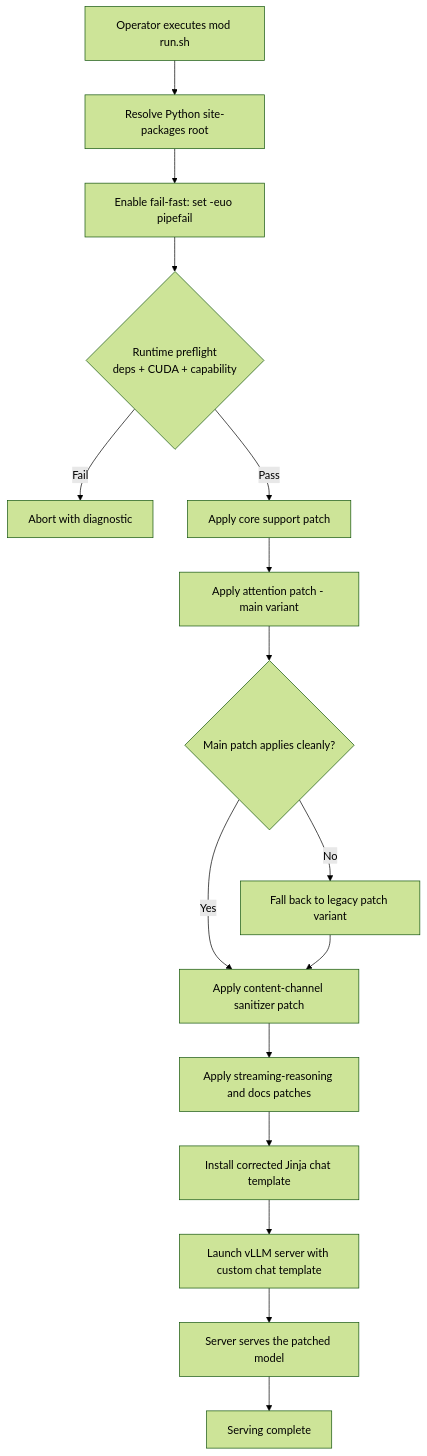
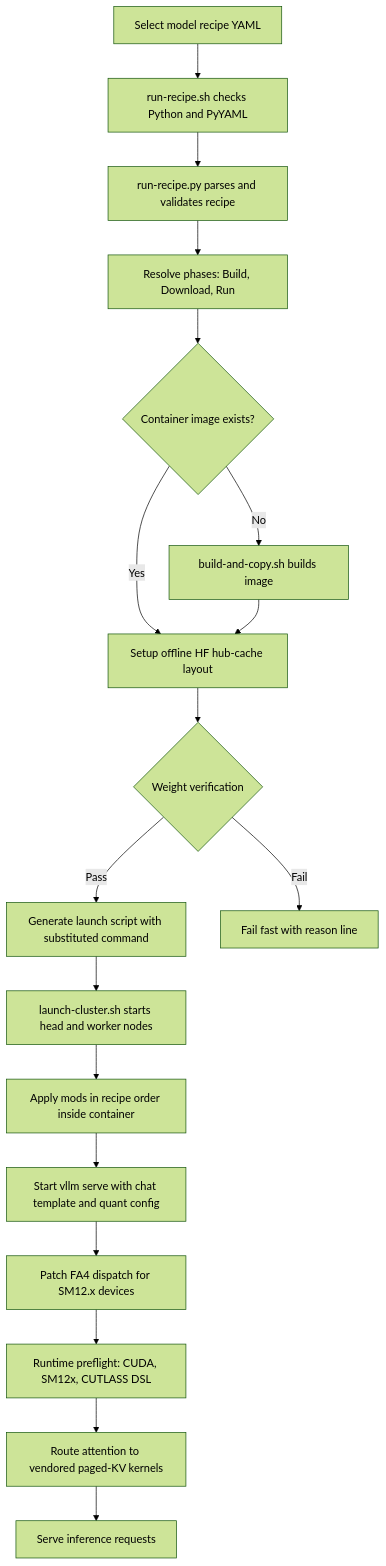
The second of 15 diagrams in deepwiki-rs-docs/3.Workflow.md (jpfulton-fultonengineeringservices/spark-vllm-docker), drawn with Mermaid (forest theme) before and after one commit. The commit also changed other lines of this file and 156 other files, not shown here.

````diff
--- a/deepwiki-rs-docs/3.Workflow.md
+++ b/deepwiki-rs-docs/3.Workflow.md
@@ -82,18 +91,20 @@
 ```mermaid
-graph TD
-    Start["Operator executes mod run.sh"] --> ResolveRoot["Resolve Python site-packages root"]
-    ResolveRoot --> FailFast["Enable fail-fast: set -euo pipefail"]
-    FailFast --> Preflight{"Runtime preflight<br/>deps + CUDA + capability"}
-    Preflight -->|Fail| Abort["Abort with diagnostic"]
-    Preflight -->|Pass| ApplyCore["Apply core support patch"]
-    ApplyCore --> ApplyMain["Apply attention patch - main variant"]
-    ApplyMain --> MainOK{"Main patch applies cleanly?"}
-    MainOK -->|Yes| ApplySanitizer["Apply content-channel sanitizer patch"]
-    MainOK -->|No| ApplyLegacy["Fall back to legacy patch variant"]
-    ApplyLegacy --> ApplySanitizer
-    ApplySanitizer --> ApplyStreaming["Apply streaming-reasoning and docs patches"]
-    ApplyStreaming --> InstallTemplate["Install corrected Jinja chat template"]
-    InstallTemplate --> LaunchServer["Launch vLLM server with custom chat template"]
-    LaunchServer --> Serve["Server serves the patched model"]
-    Serve --> End["Serving complete"]
+flowchart TD
+    Start["Select model recipe YAML"] --> Wrap["run-recipe.sh checks Python and PyYAML"]
+    Wrap --> Parse["run-recipe.py parses and validates recipe"]
+    Parse --> Phase["Resolve phases: Build, Download, Run"]
+    Phase --> Image{"Container image exists?"}
+    Image -->|No| Build["build-and-copy.sh builds image"]
+    Image -->|Yes| Weights["Setup offline HF hub-cache layout"]
+    Build --> Weights
+    Weights --> Verify{"Weight verification"}
+    Verify -->|Pass| Gen["Generate launch script with substituted command"]
+    Verify -->|Fail| Abort["Fail fast with reason line"]
+    Gen --> Launch["launch-cluster.sh starts head and worker nodes"]
+    Launch --> ApplyMods["Apply mods in recipe order inside container"]
+    ApplyMods --> Serve["Start vllm serve with chat template and quant config"]
+    Serve --> PatchFA["Patch FA4 dispatch for SM12.x devices"]
+    PatchFA --> Preflight["Runtime preflight: CUDA, SM12x, CUTLASS DSL"]
+    Preflight --> Kernels["Route attention to vendored paged-KV kernels"]
+    Kernels --> Ready["Serve inference requests"]
 ```
````
